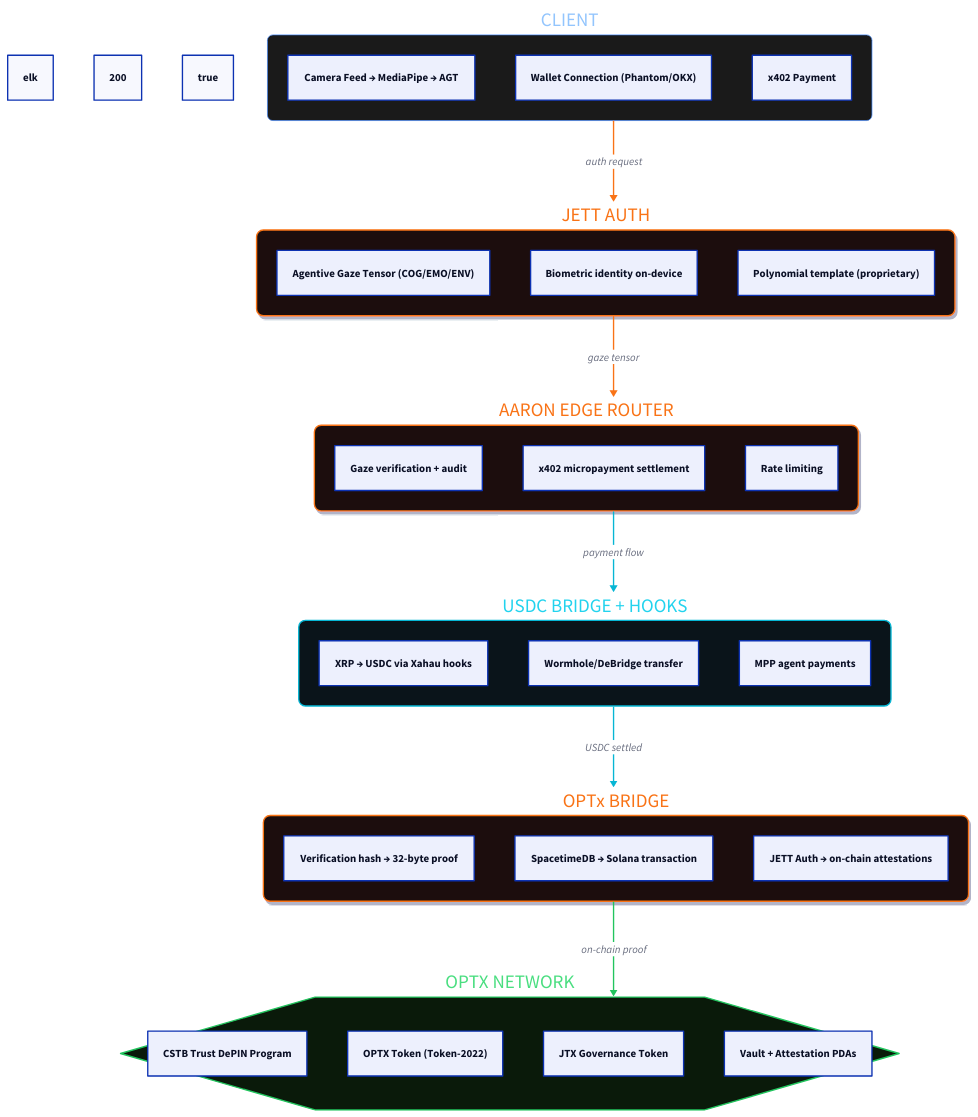
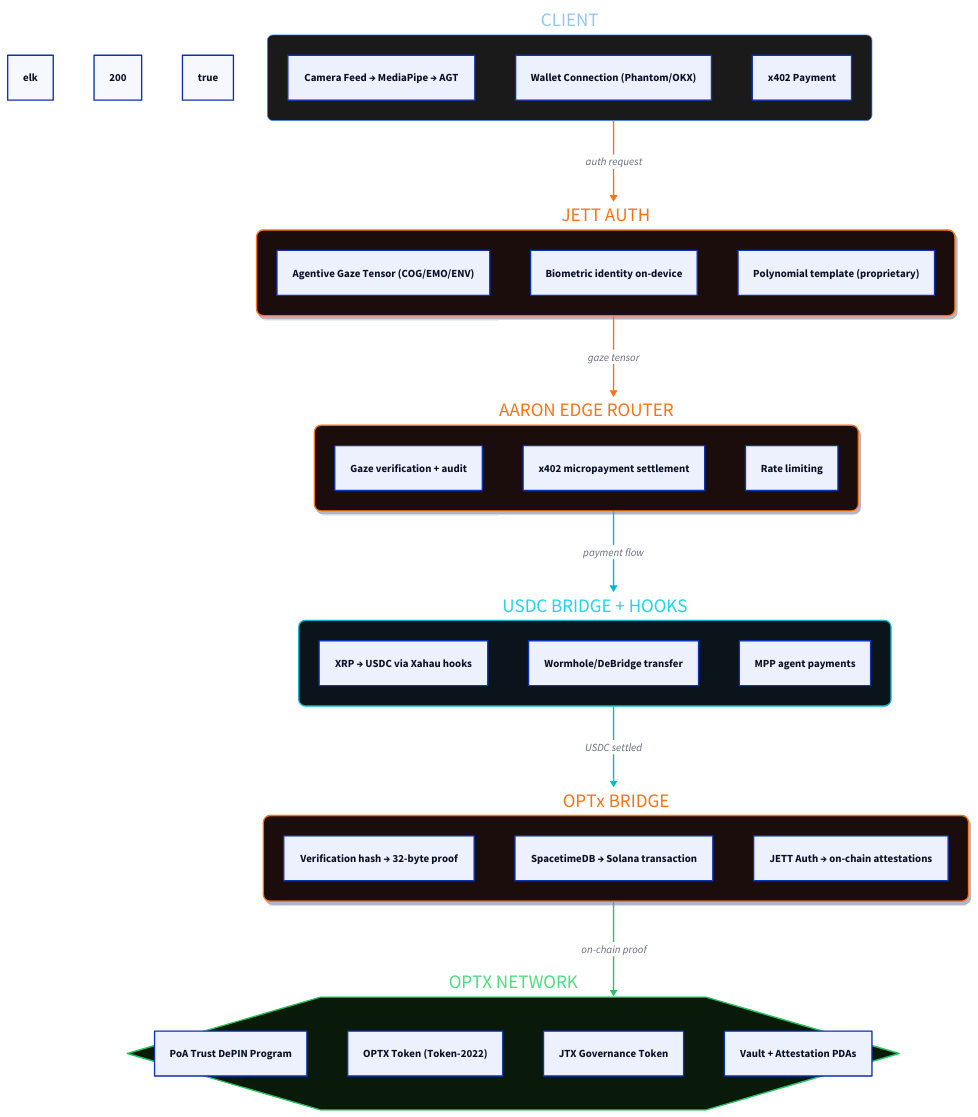
One commit to jettoptx/jettoptx-docs changed the diagram in public/diagrams/aaron-protocol-stack.d2. Above: the diagram before and after it, drawn with D2. The commit also changed 11 other files, not shown here.

First line of the commit message:
docs(v2.2.2): PoA trust audit package + stub CSTB product framing

```diff
--- a/public/diagrams/aaron-protocol-stack.d2
+++ b/public/diagrams/aaron-protocol-stack.d2
@@ -1,114 +1,114 @@
 direction: down
 layout: elk
 theme: 200
 sketch: true
 
 classes: {
   core: {
     style: {
       fill: "#1c1007"
       stroke: "#f97316"
       stroke-width: 2
       border-radius: 10
       font-color: "#f97316"
       shadow: true
     }
   }
   service: {
     style: {
       fill: "#1a1a1a"
       stroke: "#3b82f6"
       stroke-width: 1
       border-radius: 8
       font-color: "#93c5fd"
     }
   }
   chain: {
     shape: hexagon
     style: {
       fill: "#0a1a0a"
       stroke: "#22c55e"
       stroke-width: 2
       font-color: "#4ade80"
     }
   }
   db: {
     shape: cylinder
     style: {
       fill: "#1a1508"
       stroke: "#f59e0b"
       stroke-width: 1
       font-color: "#fbbf24"
     }
   }
   mesh: {
     style: {
       fill: "#0a141a"
       stroke: "#06b6d4"
       stroke-width: 2
       border-radius: 10
       font-color: "#22d3ee"
     }
   }
 }
 
 CLIENT: "CLIENT" {
   class: service
   camera: "Camera Feed → MediaPipe → AGT"
   wallet: "Wallet Connection (Phantom/OKX)"
   x402: "x402 Payment"
 }
 
 JETT_AUTH: "JETT AUTH" {
   class: core
   agt: "Agentive Gaze Tensor (COG/EMO/ENV)"
   biometric: "Biometric identity on-device"
   polynomial: "Polynomial template (proprietary)"
 }
 
 AARON: "AARON EDGE ROUTER" {
   class: core
   gaze: "Gaze verification + audit"
   x402: "x402 micropayment settlement"
   rate: "Rate limiting"
 }
 
 BRIDGE: "USDC BRIDGE + HOOKS" {
   class: mesh
   xrp: "XRP → USDC via Xahau hooks"
   wormhole: "Wormhole/DeBridge transfer"
   mpp: "MPP agent payments"
 }
 
 OPTX_BRIDGE: "OPTx BRIDGE" {
   class: core
   hash: "Verification hash → 32-byte proof"
   spacetime: "SpacetimeDB → Solana transaction"
   jett: "JETT Auth → on-chain attestations"
 }
 
 NETWORK: "OPTX NETWORK" {
   class: chain
-  cstb: "CSTB Trust DePIN Program"
+  poa: "PoA Trust DePIN Program"
   optx: "OPTX Token (Token-2022)"
   jtx: "JTX Governance Token"
   vault: "Vault + Attestation PDAs"
 }
 
 CLIENT -> JETT_AUTH: "auth request" {
   style.stroke: "#f97316"
 }
 JETT_AUTH -> AARON: "gaze tensor" {
   style.stroke: "#f97316"
 }
 AARON -> BRIDGE: "payment flow" {
   style.stroke: "#06b6d4"
 }
 BRIDGE -> OPTX_BRIDGE: "USDC settled" {
   style.stroke: "#06b6d4"
 }
 OPTX_BRIDGE -> NETWORK: "on-chain proof" {
   style.stroke: "#22c55e"
 }
 
 # Luke 18:31
```
